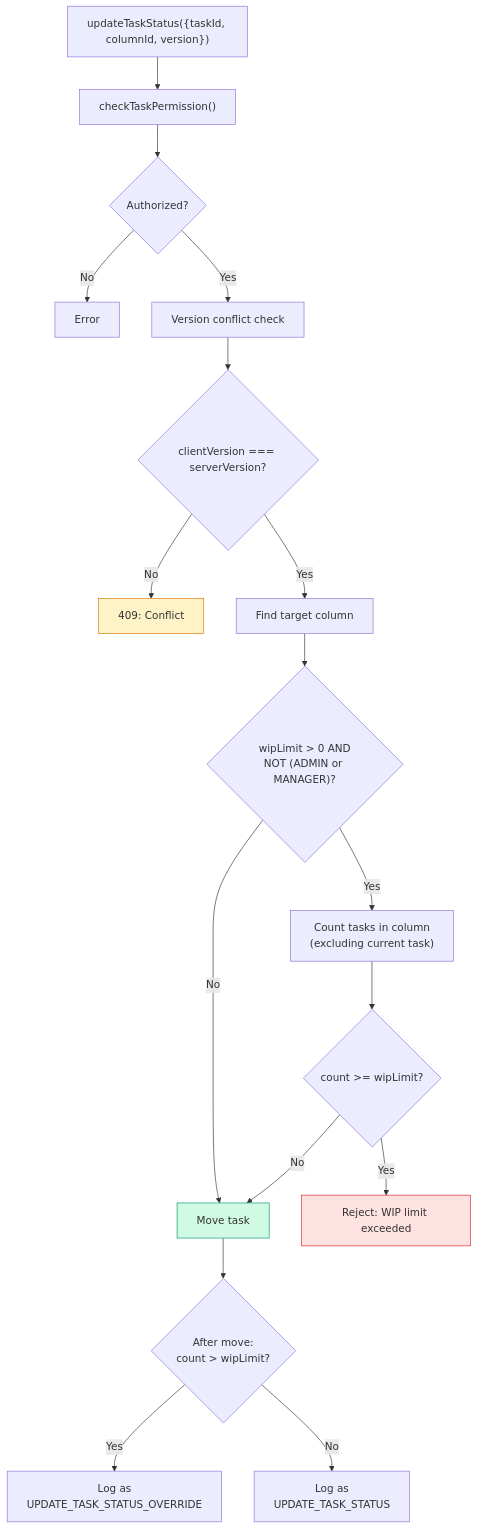
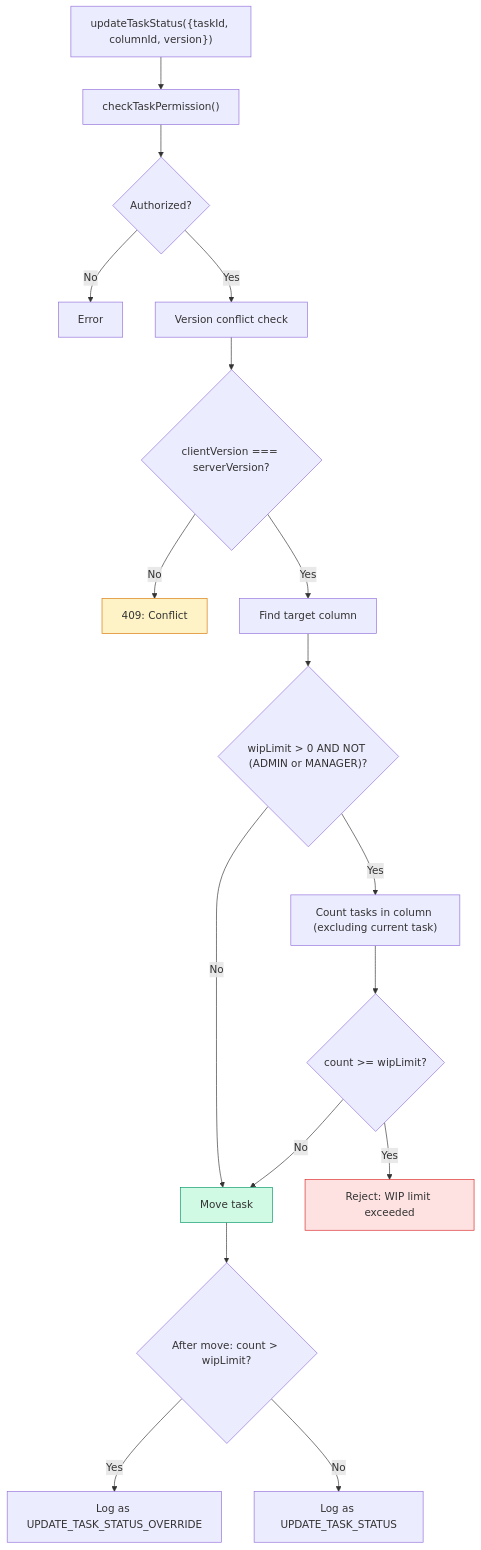
The seventh of 7 diagrams in docs/03-rbac-and-permissions.md (asefahmed500/Smart-Task-App_IIT_DU_Final_Project), drawn with Mermaid before and after one commit. The commit also changed other lines of this file and 8 other files, not shown here.

Commit message:
fix: remove br tags from mermaid diagrams for GitHub rendering

````diff
--- a/docs/03-rbac-and-permissions.md
+++ b/docs/03-rbac-and-permissions.md
@@ -287,25 +287,25 @@
 ```mermaid
 flowchart TD
     START["updateTaskStatus({taskId, columnId, version})"] --> PERM["checkTaskPermission()"]
     PERM --> FAILED{"Authorized?"}
     FAILED -->|No| ERR["Error"]
     FAILED -->|Yes| VERSION["Version conflict check"]
     VERSION --> STALE{"clientVersion === serverVersion?"}
     STALE -->|No| CONFLICT["409: Conflict"]
     STALE -->|Yes| COL["Find target column"]
-    COL --> WIP{"wipLimit > 0 AND<br/>NOT (ADMIN or MANAGER)?"}
+    COL --> WIP{"wipLimit > 0 AND NOT (ADMIN or MANAGER)?"}
 
     WIP -->|No| MOVE["Move task"]
-    WIP -->|Yes| COUNT["Count tasks in column<br/>(excluding current task)"]
+    WIP -->|Yes| COUNT["Count tasks in column (excluding current task)"]
     COUNT --> EXCEEDED{"count >= wipLimit?"}
     EXCEEDED -->|Yes| REJECT["Reject: WIP limit exceeded"]
     EXCEEDED -->|No| MOVE
 
-    MOVE --> CHECK_OVERRIDE{"After move:<br/>count > wipLimit?"}
-    CHECK_OVERRIDE -->|Yes| LOG_OVERRIDE["Log as<br/>UPDATE_TASK_STATUS_OVERRIDE"]
-    CHECK_OVERRIDE -->|No| LOG_NORMAL["Log as<br/>UPDATE_TASK_STATUS"]
+    MOVE --> CHECK_OVERRIDE{"After move: count > wipLimit?"}
+    CHECK_OVERRIDE -->|Yes| LOG_OVERRIDE["Log as UPDATE_TASK_STATUS_OVERRIDE"]
+    CHECK_OVERRIDE -->|No| LOG_NORMAL["Log as UPDATE_TASK_STATUS"]
 
     style REJECT fill:#fee2e2,stroke:#dc2626
     style CONFLICT fill:#fef3c7,stroke:#d97706
     style MOVE fill:#d1fae5,stroke:#059669
 ```
````
